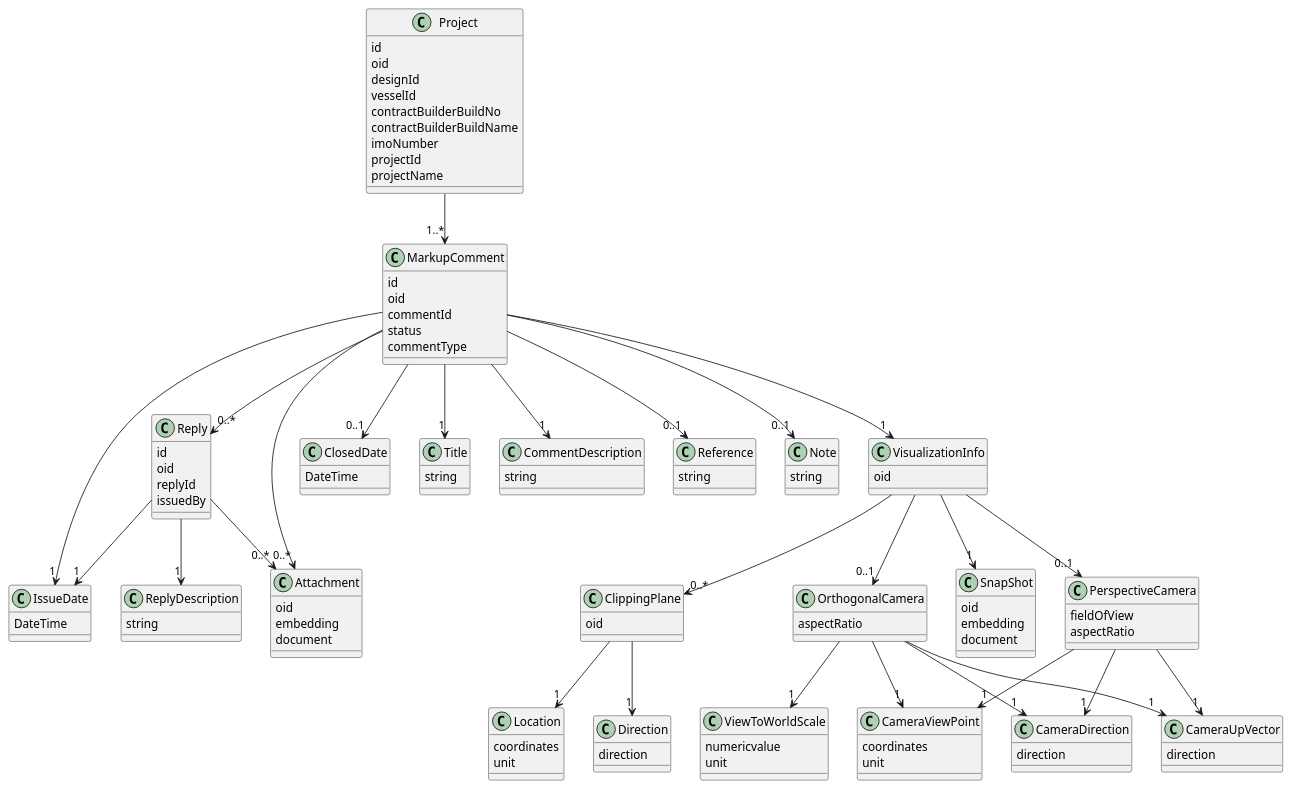
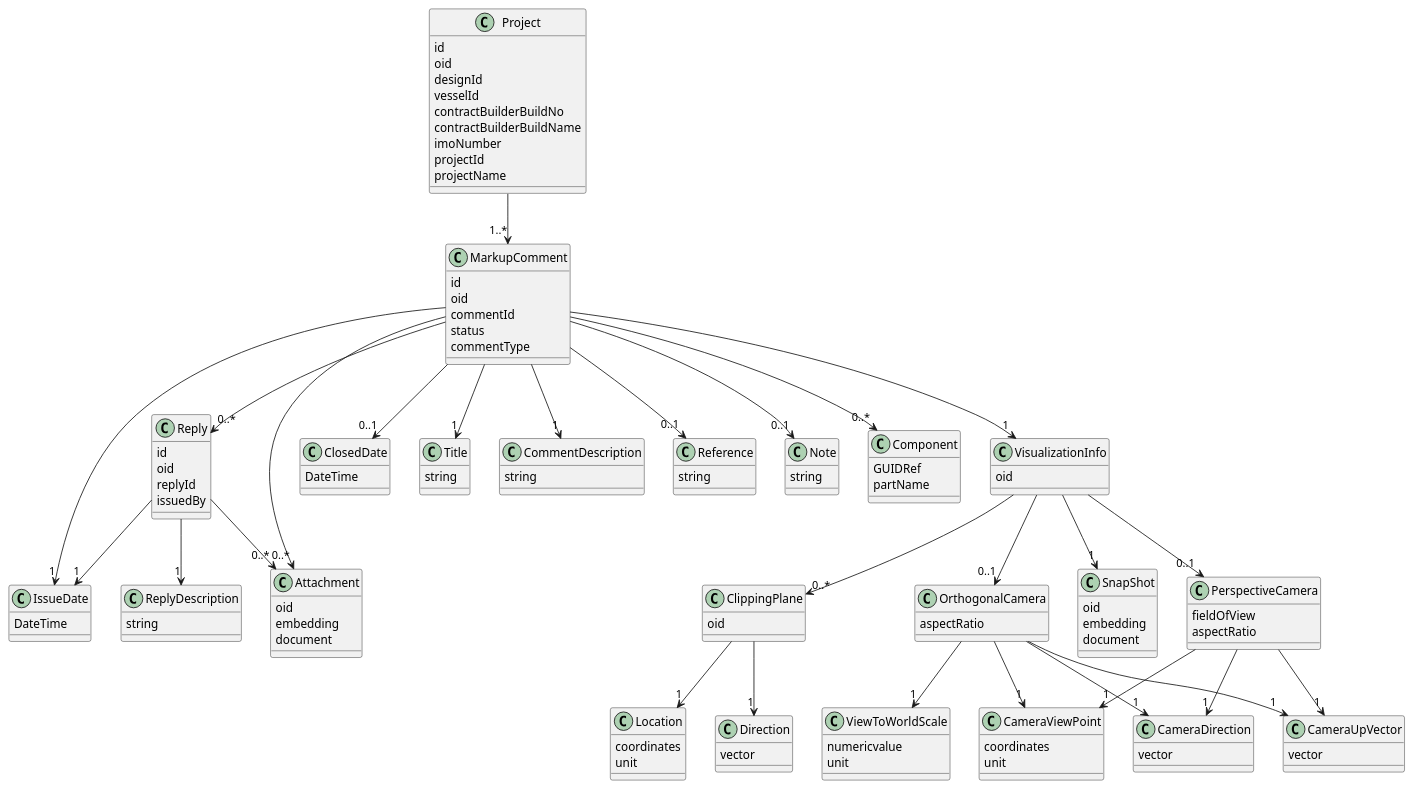
The diagram in UML/ocx_comments.puml (OCXStandard/ocx-extension-comments), drawn with PlantUML before and after one commit. The commit also changed 3 other files, not shown here.

```diff
--- a/UML/ocx_comments.puml
+++ b/UML/ocx_comments.puml
@@ -1,134 +1,141 @@
 @startuml
 
 class Project {
     id
     oid
     designId
     vesselId
     contractBuilderBuildNo
     contractBuilderBuildName
     imoNumber
     projectId
     projectName
 }
 
 
 class MarkupComment {
     id
     oid
     commentId
     status
     commentType
 }
 
 
 class IssueDate {
     DateTime
 }
 class ClosedDate {
     DateTime
 }
 class Title {
     string
 }
 class CommentDescription {
     string
 }
 class Reference {
     string
 }
 class Note {
     string
 }
 
+class Component {
+    GUIDRef
+    partName
+}
+
+
 class Attachment {
     oid
     embedding
     document
 }
 
 
 class Reply {
     id
     oid
     replyId
     issuedBy
 }
 
 class ReplyDescription {
     string
 }
 
 class VisualizationInfo {
     oid
 }
 
 class OrthogonalCamera {
     aspectRatio
 }
 class CameraViewPoint {
     coordinates
     unit
 }
 class CameraDirection {
-    direction
+    vector
 }
 class CameraUpVector {
-    direction
+    vector
 }
 class ViewToWorldScale {
     numericvalue
     unit
 }
 
 class PerspectiveCamera {
     fieldOfView
     aspectRatio
 }
 
 class ClippingPlane {
     oid
 }
 
 class Location {
     coordinates
     unit
 }
 class Direction {
-    direction
+    vector
 }
 
 class SnapShot {
     oid
     embedding
     document
 }
 
 Project --> "1..*" MarkupComment
 MarkupComment --> "1" IssueDate
 MarkupComment --> "0..1" ClosedDate
 MarkupComment --> "1" Title
 MarkupComment --> "1" CommentDescription
 MarkupComment --> "0..1" Reference
 MarkupComment --> "0..1" Note
 MarkupComment --> "0..*" Attachment
 MarkupComment --> "0..*" Reply
+MarkupComment --> "0..*" Component
 Reply --> "1" ReplyDescription
 Reply --> "1" IssueDate
 Reply --> "0..*" Attachment
 MarkupComment --> "1" VisualizationInfo
 VisualizationInfo --> "0..1" OrthogonalCamera
 VisualizationInfo --> "0..1" PerspectiveCamera
 VisualizationInfo --> "0..*" ClippingPlane
 OrthogonalCamera --> "1" CameraViewPoint
 OrthogonalCamera --> "1" CameraDirection
 OrthogonalCamera --> "1" CameraUpVector
 OrthogonalCamera --> "1" ViewToWorldScale
 PerspectiveCamera --> "1" CameraViewPoint
 PerspectiveCamera --> "1" CameraDirection
 PerspectiveCamera --> "1" CameraUpVector
 ClippingPlane --> "1" Location
 ClippingPlane --> "1" Direction
 VisualizationInfo --> "1" SnapShot
 
 @enduml
```
